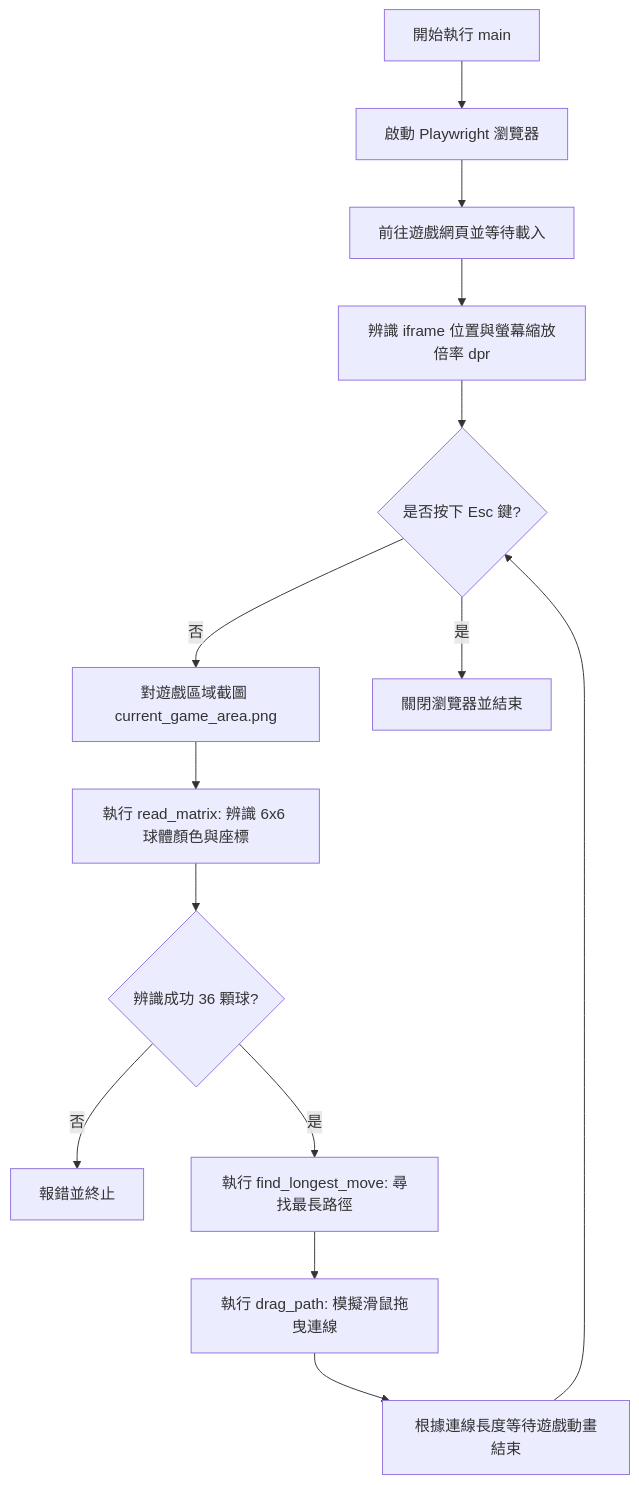
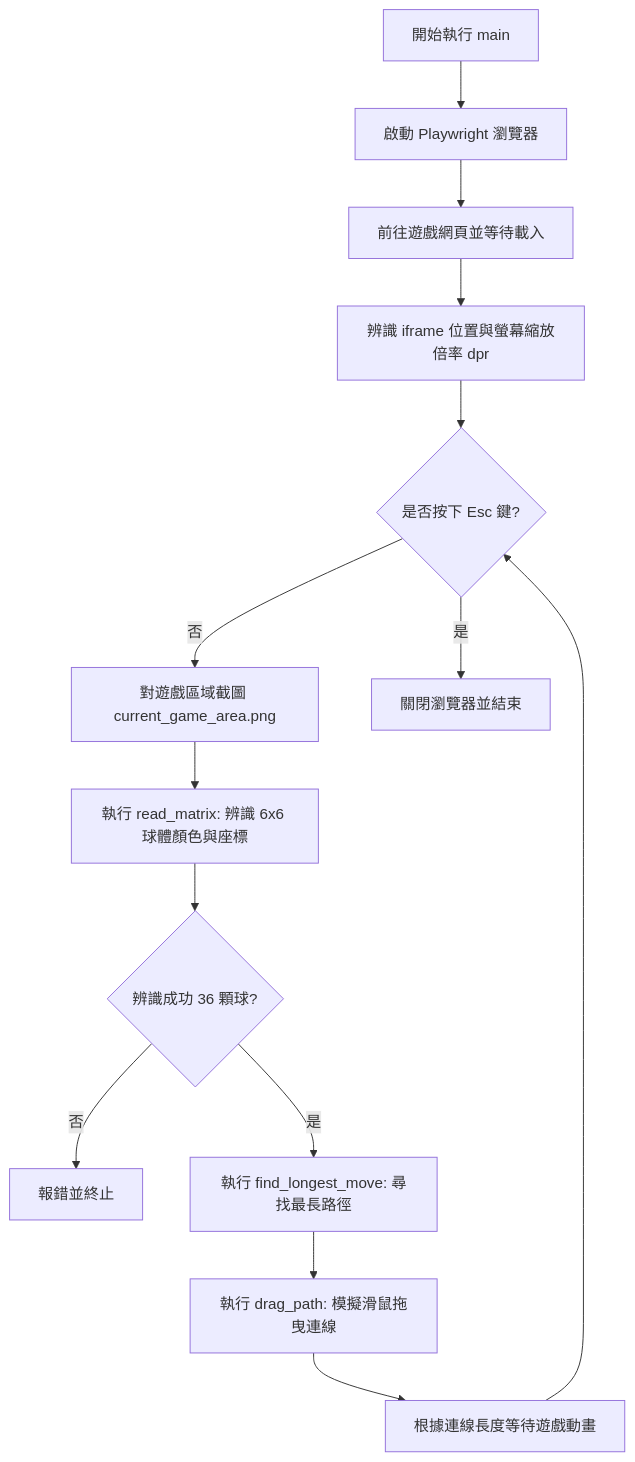
The first of 2 diagrams in 流程圖.md (Yoyo-ace1110/Collect-Em-All), drawn with Mermaid before and after one commit.

Commit message:
修正流程圖.md

````diff
--- a/流程圖.md
+++ b/流程圖.md
@@ -6,16 +6,16 @@
 ```mermaid
 graph TD
     A[開始執行 main] --> B[啟動 Playwright 瀏覽器]
     B --> C[前往遊戲網頁並等待載入]
     C --> D[辨識 iframe 位置與螢幕縮放倍率 dpr]
     D --> E{是否按下 Esc 鍵?}
     E -- 否 --> F[對遊戲區域截圖 current_game_area.png]
     F --> G[執行 read_matrix: 辨識 6x6 球體顏色與座標]
     G --> H{辨識成功 36 顆球?}
     H -- 否 --> I[報錯並終止]
     H -- 是 --> J[執行 find_longest_move: 尋找最長路徑]
     J --> K[執行 drag_path: 模擬滑鼠拖曳連線]
-    K --> L[根據連線長度等待遊戲動畫結束]
+    K --> L[根據連線長度等待遊戲動畫]
     L --> E
     E -- 是 --> M[關閉瀏覽器並結束]
 ```
````
